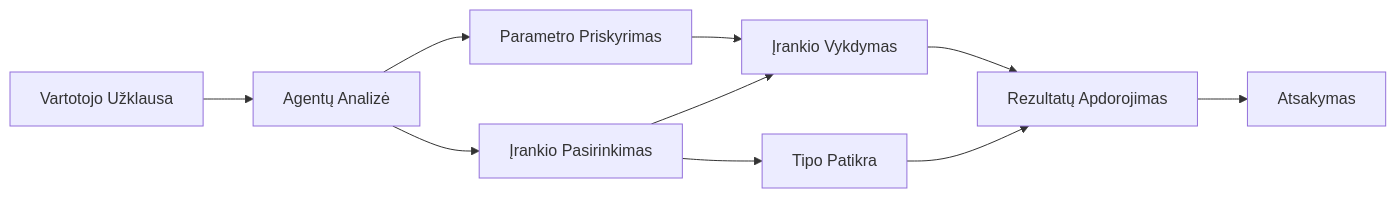
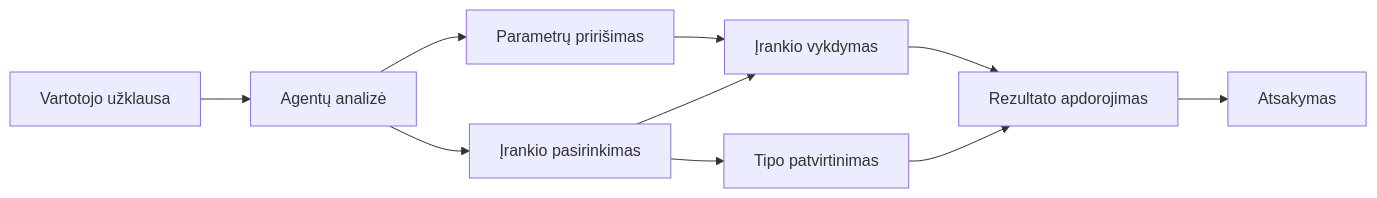
One commit to venturemavenwill/azureaifundamentals changed the diagram in translations/lt/04-tool-use/code_samples/04-dotnet-agent-framework.md. Above: the diagram before and after it, drawn with Mermaid. The commit also changed other lines of this file and 2002 other files, not shown here.

````diff
--- a/translations/lt/04-tool-use/code_samples/04-dotnet-agent-framework.md
+++ b/translations/lt/04-tool-use/code_samples/04-dotnet-agent-framework.md
@@ -40,12 +40,12 @@
 ```mermaid
 graph LR
-    A[Vartotojo Užklausa] --> B[Agentų Analizė]
-    B --> C[Įrankio Pasirinkimas]
-    C --> D[Tipo Patikra]
-    B --> E[Parametro Priskyrimas]
-    E --> F[Įrankio Vykdymas]
+    A[Vartotojo užklausa] --> B[Agentų analizė]
+    B --> C[Įrankio pasirinkimas]
+    C --> D[Tipo patvirtinimas]
+    B --> E[Parametrų pririšimas]
+    E --> F[Įrankio vykdymas]
     C --> F
-    F --> G[Rezultatų Apdorojimas]
+    F --> G[Rezultato apdorojimas]
     D --> G
     G --> H[Atsakymas]
 ```
````
